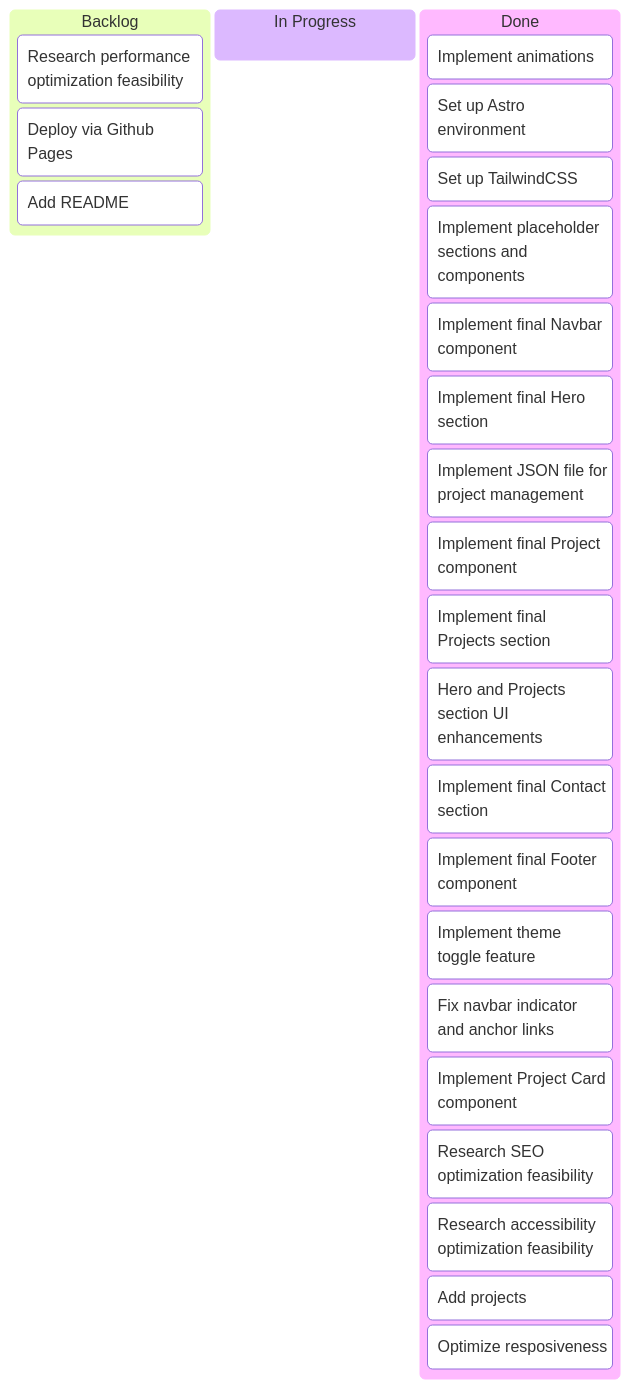
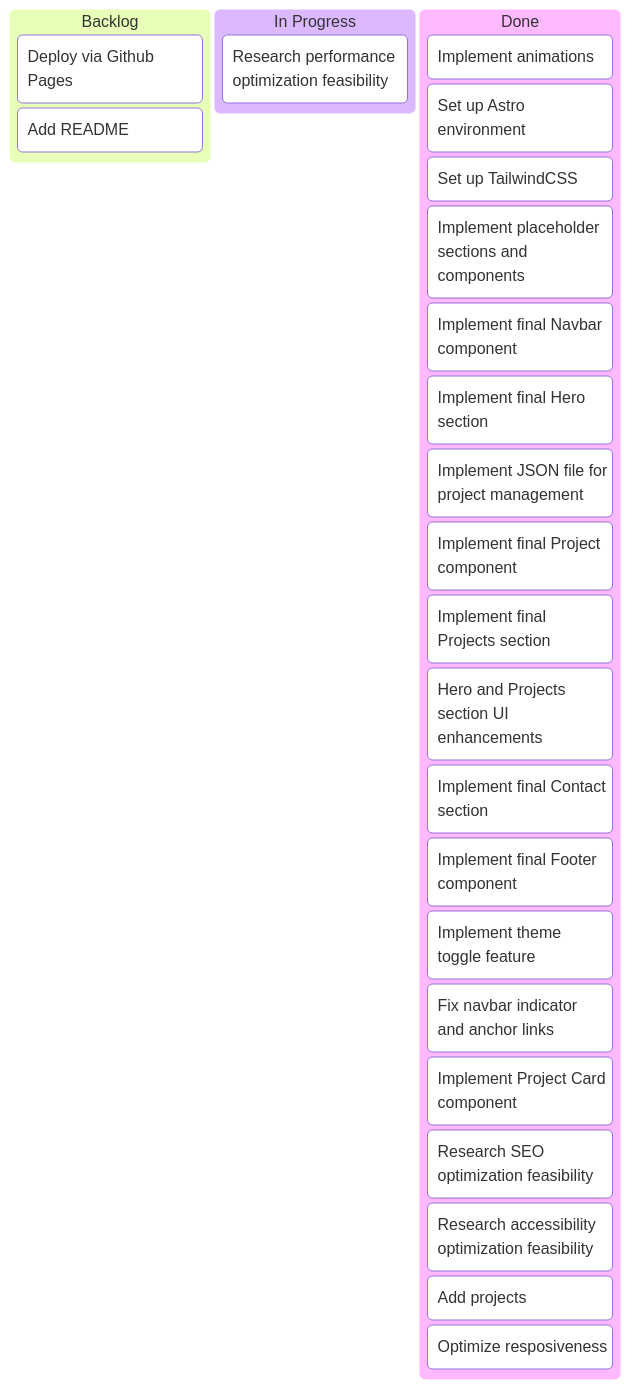
The diagram in docs/kanban.md (CantarinoG/portfolio), drawn with Mermaid before and after one commit. The commit also changed other lines of this file and 4 other files, not shown here.

````diff
--- a/docs/kanban.md
+++ b/docs/kanban.md
@@ -1,28 +1,28 @@
 ```mermaid
 kanban
   stage1[Backlog]
-    card18[Research performance optimization feasibility]
     card20[Deploy via Github Pages]
     card29[Add README]
   stage2[In Progress]
+    card18[Research performance optimization feasibility]
   stage3[Done]
     card16[Implement animations]
     card1[Set up Astro environment]
     card24[Set up TailwindCSS]
     card5[Implement placeholder sections and components]
     card6[Implement final Navbar component]
     card7[Implement final Hero section]
     card22[Implement JSON file for project management]
     card8[Implement final Project component]
     card11[Implement final Projects section]
     card26[Hero and Projects section UI enhancements]
     card12[Implement final Contact section]
     card14[Implement final Footer component]
     card15[Implement theme toggle feature]
     card28[Fix navbar indicator and anchor links]
     card27[Implement Project Card component]
     card17[Research SEO optimization feasibility]
     card19[Research accessibility optimization feasibility]
     card25[Add projects]
     card23[Optimize resposiveness]
 ```
````
